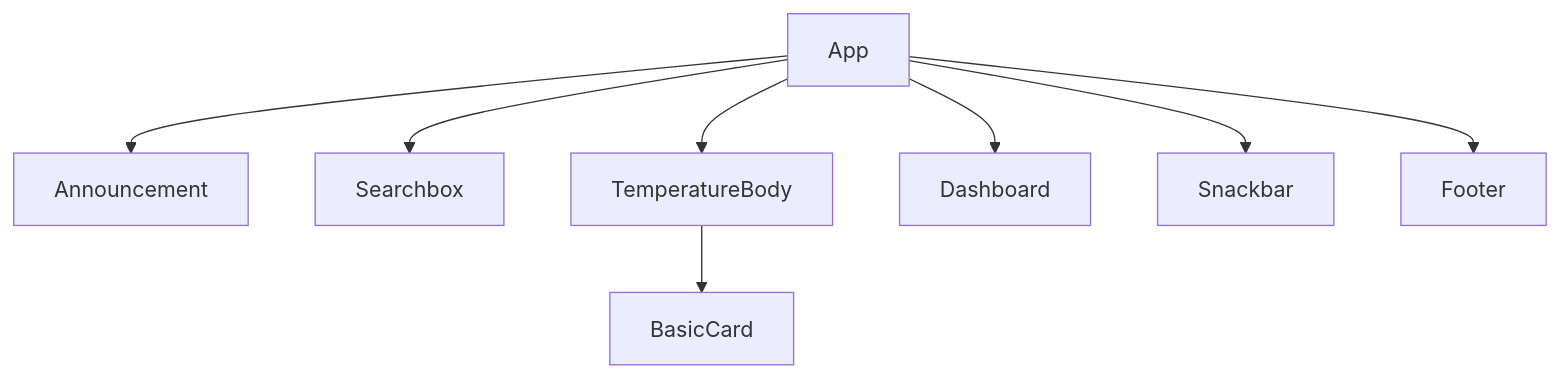
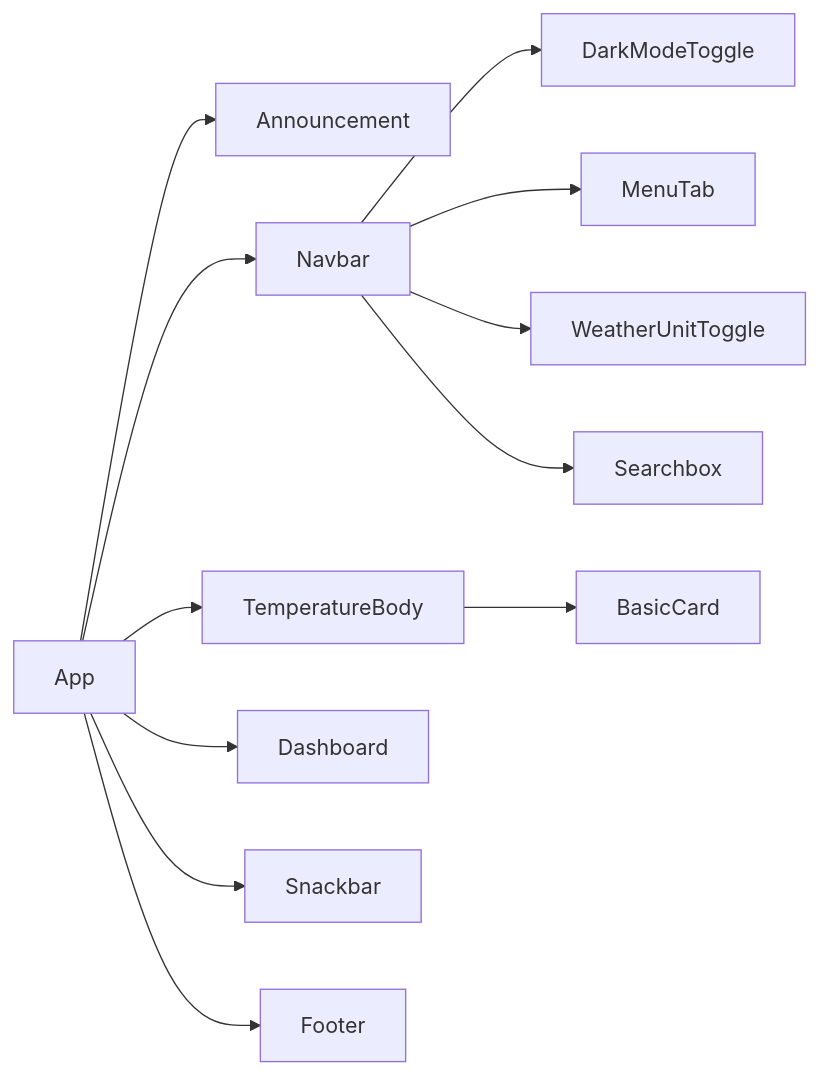
One commit to sagelga/react-weather-app changed the diagram in README.md. Above: the diagram before and after it, drawn with Mermaid. The commit also changed other lines of this file, not shown here.

````diff
--- a/README.md
+++ b/README.md
@@ -34,11 +34,15 @@
 ```mermaid
-graph TD
+graph LR
     App --> Announcement
-    App --> Searchbox
+    App --> Navbar
+    Navbar --> DarkModeToggle
+    Navbar --> MenuTab
+    Navbar --> WeatherUnitToggle
+    Navbar --> Searchbox
     App --> TemperatureBody
     TemperatureBody --> BasicCard
     App --> Dashboard
     App --> Snackbar
     App --> Footer
 
 ```
````
